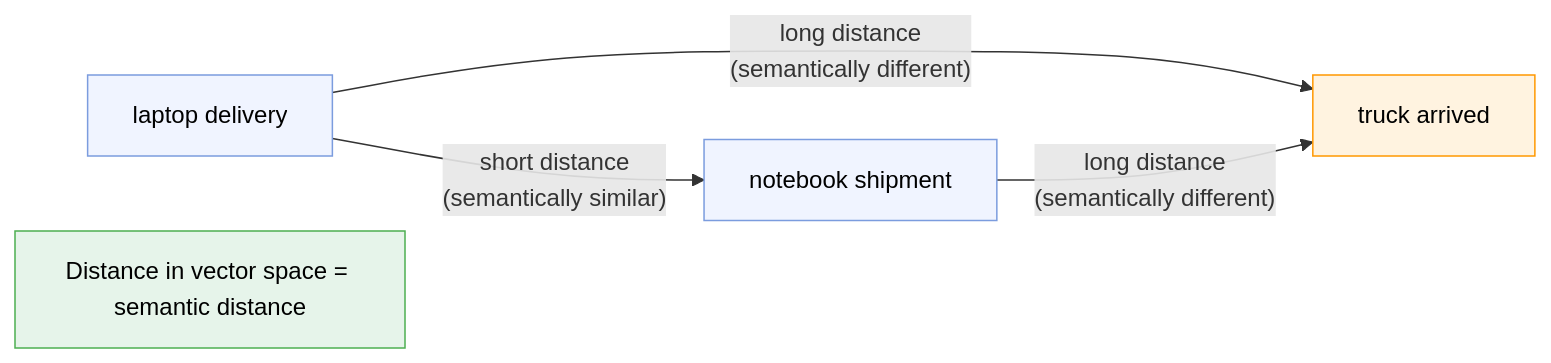
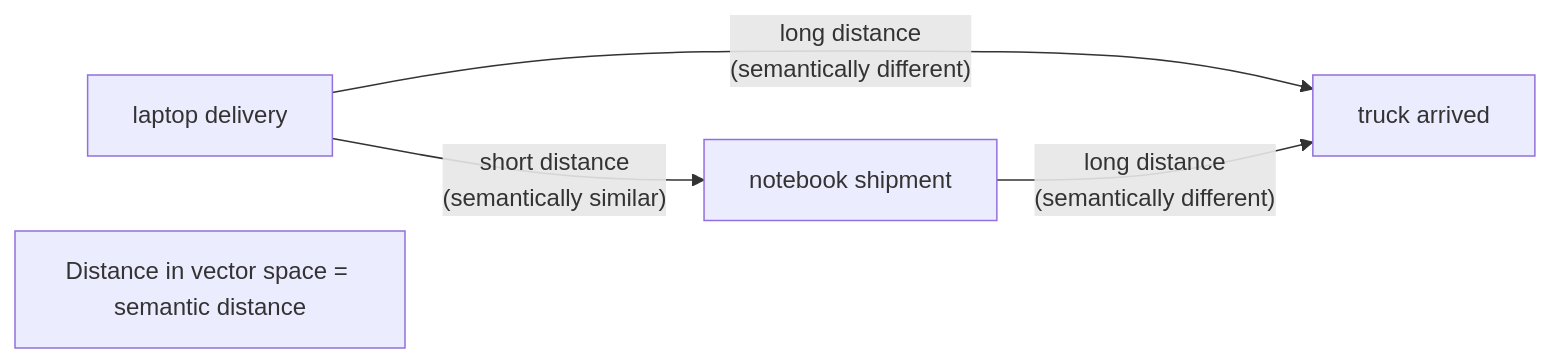
The first of 6 diagrams in docs/notes/semantic-search-vectors.md (bchassoul/notes), drawn with Mermaid before and after one commit. The commit also changed other lines of this file and 9 other files, not shown here.

Commit message:
Add diagrams and visual improvements across all notes

````diff
--- a/docs/notes/semantic-search-vectors.md
+++ b/docs/notes/semantic-search-vectors.md
@@ -56,17 +58,13 @@
 ```mermaid
 flowchart LR
     A["laptop delivery"]
     B["notebook shipment"]
     C["truck arrived"]
 
     A -->|"short distance\n(semantically similar)"| B
     A -->|"long distance\n(semantically different)"| C
     B -->|"long distance\n(semantically different)"| C
 
     note["Distance in vector space = semantic distance"]
 
-    style A fill:#f0f4ff,stroke:#7b9cde,color:#000
-    style B fill:#f0f4ff,stroke:#7b9cde,color:#000
-    style C fill:#fff3e0,stroke:#ff9800,color:#000
-    style note fill:#e6f4ea,stroke:#4caf50,color:#000
 ```
````
